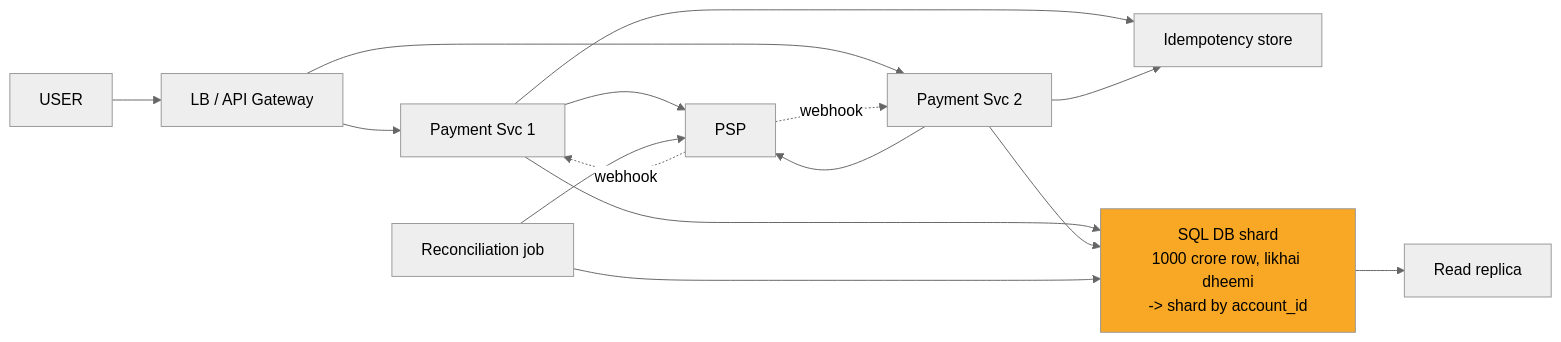
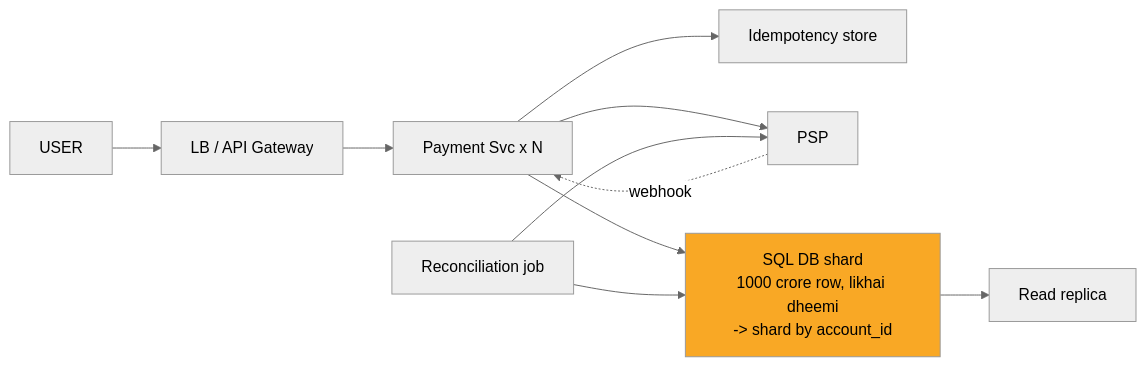
Diagram 11 of 12 in 04_HLD/SYSTEM_DESIGNS/06_payment_system/06_payment_system.md (ArpanMaheshwari144/Prep), drawn with Mermaid (neutral theme) before and after one commit. The commit also changed other lines of this file and 11 other files, not shown here.

Commit message:
hld: card diagrams max 8 boxes (App x N, merged stores/chains; full diagram only in AAKHRI DABBA)

````diff
--- a/04_HLD/SYSTEM_DESIGNS/06_payment_system/06_payment_system.md
+++ b/04_HLD/SYSTEM_DESIGNS/06_payment_system/06_payment_system.md
@@ -425,27 +419,21 @@
 ```mermaid
 flowchart LR
     n_USER["USER"]
     n_LB_API_Gateway["LB / API Gateway"]
-    n_Payment_Svc_x_N_1["Payment Svc 1"]
-    n_Payment_Svc_x_N_2["Payment Svc 2"]
+    n_Payment_Svc_xN["Payment Svc x N"]
     n_Idempotency_store["Idempotency store"]
     n_PSP["PSP"]
     n_SQL_DB_shard_by_account_id["SQL DB shard<br/>1000 crore row, likhai dheemi<br/>-> shard by account_id"]
     n_Read_replica["Read replica"]
     n_Reconciliation_job["Reconciliation job"]
     n_USER --> n_LB_API_Gateway
-    n_LB_API_Gateway --> n_Payment_Svc_x_N_1
-    n_LB_API_Gateway --> n_Payment_Svc_x_N_2
-    n_Payment_Svc_x_N_1 --> n_Idempotency_store
-    n_Payment_Svc_x_N_2 --> n_Idempotency_store
-    n_Payment_Svc_x_N_1 --> n_PSP
-    n_Payment_Svc_x_N_2 --> n_PSP
-    n_Payment_Svc_x_N_1 --> n_SQL_DB_shard_by_account_id
-    n_Payment_Svc_x_N_2 --> n_SQL_DB_shard_by_account_id
+    n_LB_API_Gateway --> n_Payment_Svc_xN
+    n_Payment_Svc_xN --> n_Idempotency_store
+    n_Payment_Svc_xN --> n_PSP
+    n_Payment_Svc_xN --> n_SQL_DB_shard_by_account_id
     n_SQL_DB_shard_by_account_id --> n_Read_replica
     n_Reconciliation_job --> n_SQL_DB_shard_by_account_id
     n_Reconciliation_job --> n_PSP
-    n_PSP -.->|webhook| n_Payment_Svc_x_N_1
-    n_PSP -.->|webhook| n_Payment_Svc_x_N_2
+    n_PSP -.-> |webhook| n_Payment_Svc_xN
     style n_SQL_DB_shard_by_account_id fill:#f9a825,color:#000
 ```
````
